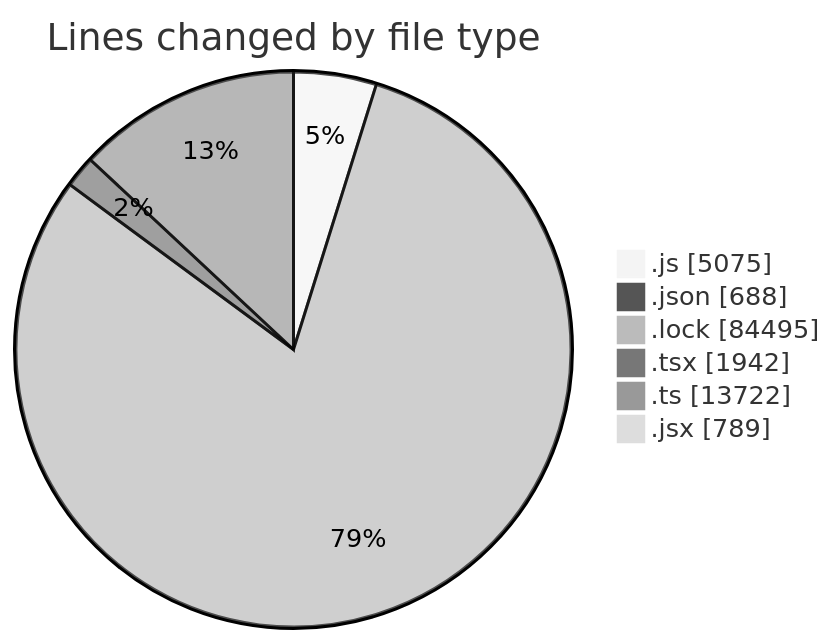
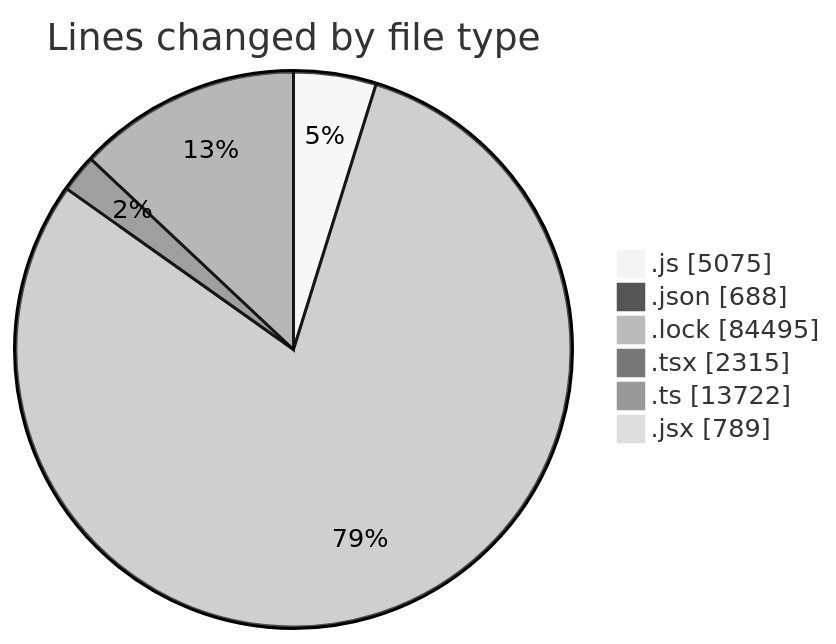
One commit to momahboobian/code-tracking changed the first of 2 diagrams in 2025-12-18/cda/README.md. Above: the diagram before and after it, drawn with Mermaid (neutral theme). The commit also changed other lines of this file and 1 other file, not shown here.

````diff
--- a/2025-12-18/cda/README.md
+++ b/2025-12-18/cda/README.md
@@ -86,10 +87,10 @@
 ```mermaid
 pie showData
 title Lines changed by file type
 ".js" : 5075
 ".json" : 688
 ".lock" : 84495
-".tsx" : 1942
+".tsx" : 2315
 ".ts" : 13722
 ".jsx" : 789
 ```
````
